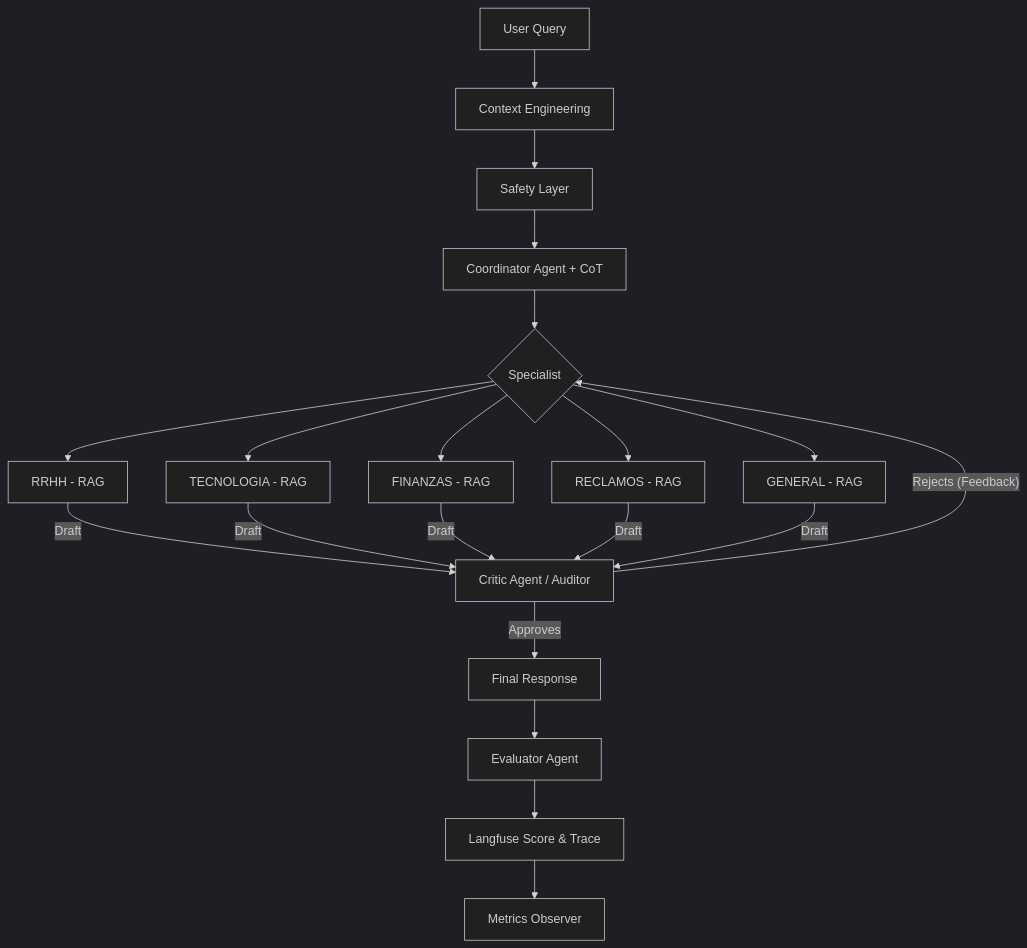
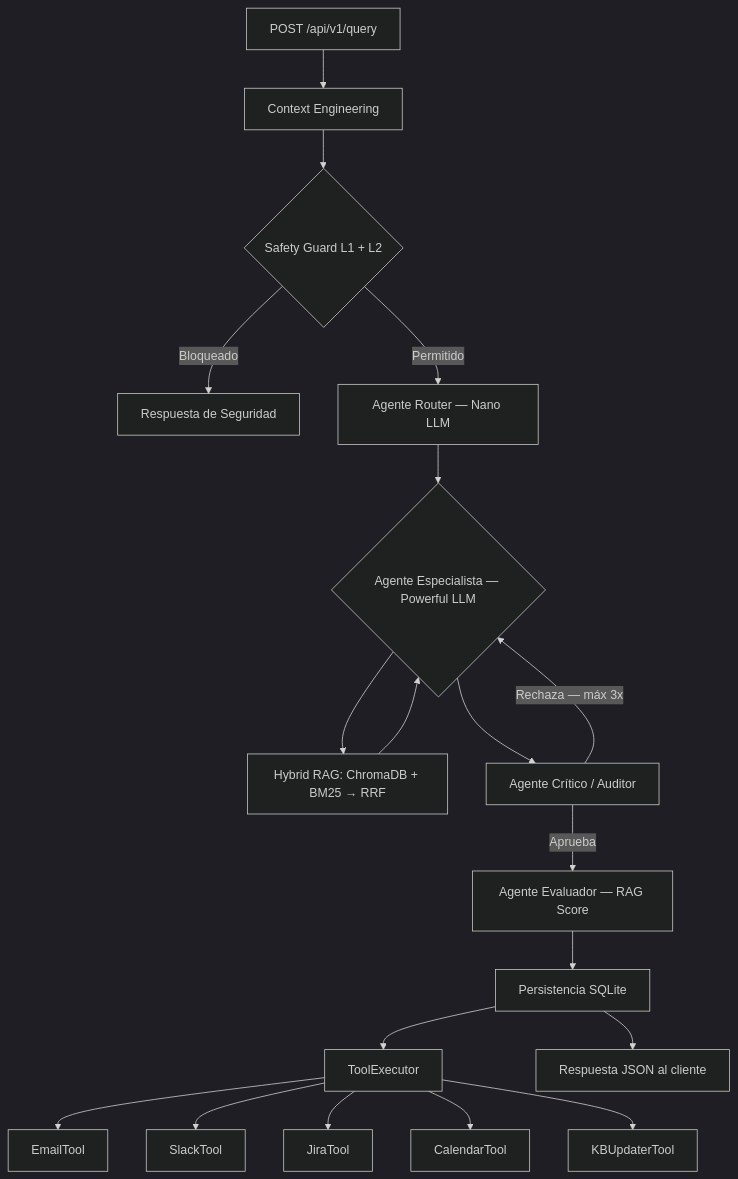
Before and after one commit to cesesteban/Routing-Multi-Agent-Api: the second of 2 diagrams in README.md, drawn with Mermaid (dark theme). The commit also changed other lines of this file and 15 other files, not shown here.

````diff
--- a/README.md
+++ b/README.md
@@ -129,18 +143,21 @@
 ```mermaid
 graph TD
-    A[User Query] --> B[Context Engineering]
-    B --> C[Safety Layer]
-    C --> D[Coordinator Agent + CoT]
-    D --> E{Specialist}
-    E --> F[RRHH - RAG]
-    E --> G[TECNOLOGIA - RAG]
-    E --> H[FINANZAS - RAG]
-    E --> I[RECLAMOS - RAG]
-    E --> J[GENERAL - RAG]
-    F & G & H & I & J -- "Draft" --> K[Critic Agent / Auditor]
-    K -- "Rejects (Feedback)" --> E
-    K -- "Approves" --> L[Final Response]
-    L --> M[Evaluator Agent]
-    M --> N[Langfuse Score & Trace]
-    N --> O[Metrics Observer]
+    A[POST /api/v1/query] --> B[Context Engineering]
+    B --> C{Safety Guard L1 + L2}
+    C -->|Bloqueado| D[Respuesta de Seguridad]
+    C -->|Permitido| E[Agente Router — Nano LLM]
+    E --> F{Agente Especialista — Powerful LLM}
+    F --> G[Hybrid RAG: ChromaDB + BM25 → RRF]
+    G --> F
+    F --> H[Agente Crítico / Auditor]
+    H -->|Rechaza — máx 3x| F
+    H -->|Aprueba| I[Agente Evaluador — RAG Score]
+    I --> J[Persistencia SQLite]
+    J --> K[ToolExecutor]
+    K --> L[EmailTool]
+    K --> M[SlackTool]
+    K --> N[JiraTool]
+    K --> O[CalendarTool]
+    K --> P[KBUpdaterTool]
+    J --> Q[Respuesta JSON al cliente]
 ```
````
